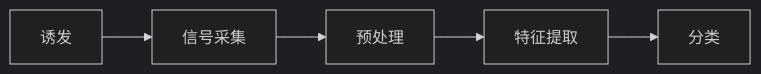
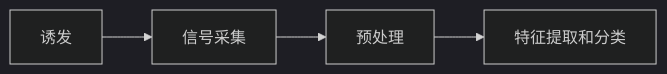
One commit to riv2r/AE4EEGFE changed the diagram in README.md. Above: the diagram before and after it, drawn with Mermaid (dark theme). The commit also changed other lines of this file and 16 other files, not shown here.

````diff
--- a/README.md
+++ b/README.md
@@ -21,4 +22,4 @@
 ```mermaid
 graph LR
-A[诱发]-->B[信号采集]-->C[预处理]-->D[特征提取]-->E[分类]
+A[诱发]-->B[信号采集]-->C[预处理]-->D[特征提取和分类]
 ```
````
